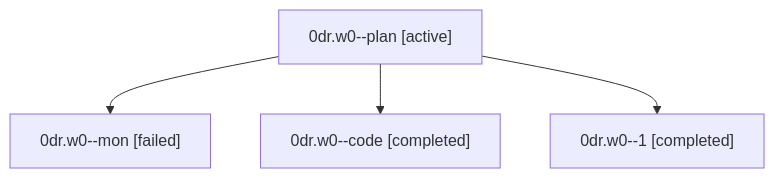
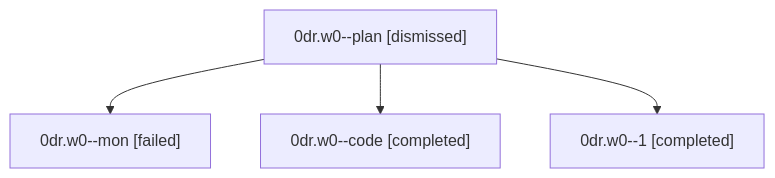
Before and after one commit to sase-org/sase--agents: the diagram in sessions/bbugyi200.athena.0dr.w0.md, drawn with Mermaid. The commit also changed other lines of this file and 35 other files, not shown here.

````diff
--- a/sessions/bbugyi200.athena.0dr.w0.md
+++ b/sessions/bbugyi200.athena.0dr.w0.md
@@ -9,10 +9,10 @@
 ```mermaid
 flowchart TD
-  n0["0dr.w0--plan [active]"]
+  n0["0dr.w0--plan [dismissed]"]
   n1["0dr.w0--mon [failed]"]
   n0 --> n1
   n2["0dr.w0--code [completed]"]
   n0 --> n2
   n3["0dr.w0--1 [completed]"]
   n0 --> n3
 ```
````
